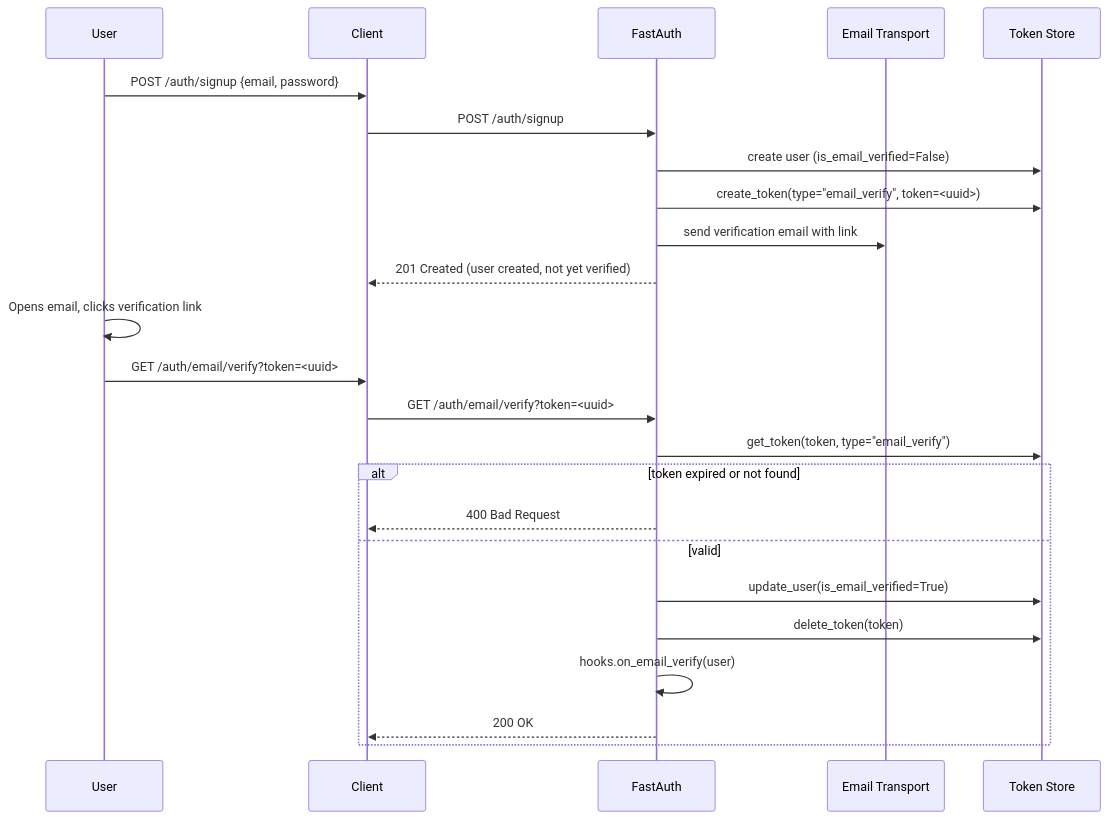
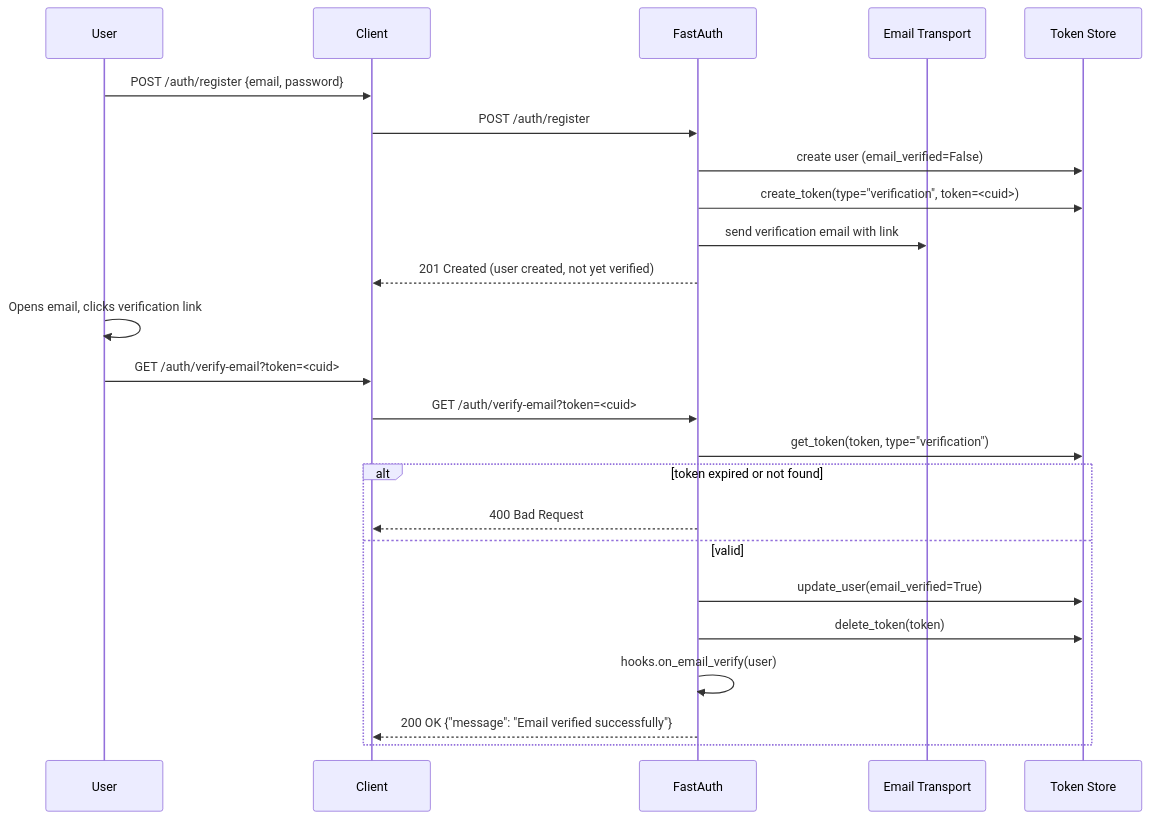
Before and after one commit to sreekarnv/fastauth: the diagram in docs/features/email-verification.md, drawn with Mermaid. The commit also changed other lines of this file and 20 other files, not shown here.

````diff
--- a/docs/features/email-verification.md
+++ b/docs/features/email-verification.md
@@ -21,28 +21,28 @@
 ```mermaid
 sequenceDiagram
     participant U as User
     participant C as Client
     participant FA as FastAuth
     participant E as Email Transport
     participant DB as Token Store
 
-    U->>C: POST /auth/signup {email, password}
-    C->>FA: POST /auth/signup
-    FA->>DB: create user (is_email_verified=False)
-    FA->>DB: create_token(type="email_verify", token=<uuid>)
+    U->>C: POST /auth/register {email, password}
+    C->>FA: POST /auth/register
+    FA->>DB: create user (email_verified=False)
+    FA->>DB: create_token(type="verification", token=<cuid>)
     FA->>E: send verification email with link
     FA-->>C: 201 Created (user created, not yet verified)
 
     U->>U: Opens email, clicks verification link
-    U->>C: GET /auth/email/verify?token=<uuid>
-    C->>FA: GET /auth/email/verify?token=<uuid>
-    FA->>DB: get_token(token, type="email_verify")
+    U->>C: GET /auth/verify-email?token=<cuid>
+    C->>FA: GET /auth/verify-email?token=<cuid>
+    FA->>DB: get_token(token, type="verification")
     alt token expired or not found
         FA-->>C: 400 Bad Request
     else valid
-        FA->>DB: update_user(is_email_verified=True)
+        FA->>DB: update_user(email_verified=True)
         FA->>DB: delete_token(token)
         FA->>FA: hooks.on_email_verify(user)
-        FA-->>C: 200 OK
+        FA-->>C: 200 OK {"message": "Email verified successfully"}
     end
 ```
````
